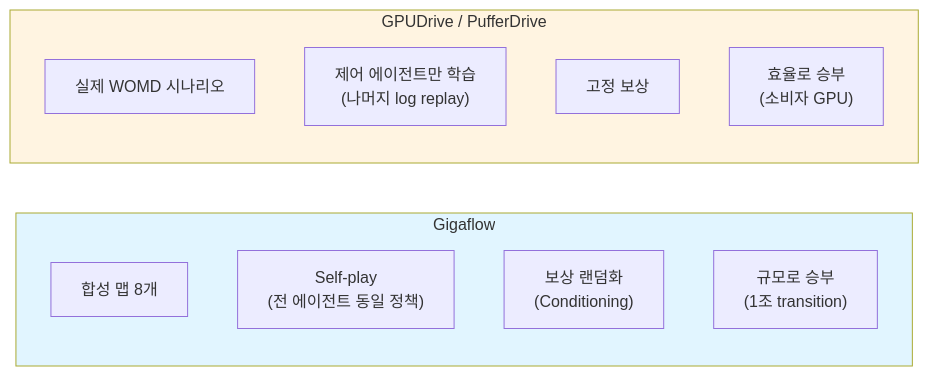
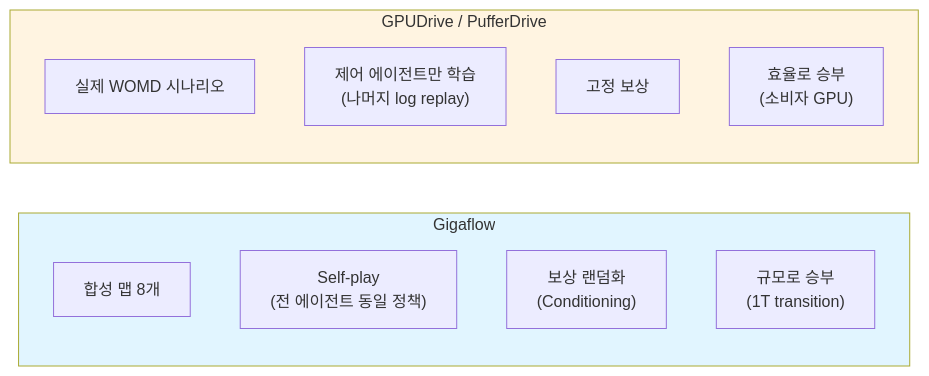
Before and after one commit to OIEIyoon/ad-simulation-public: the first of 5 diagrams in notes/gigaflow-vs-gpudrive.md, drawn with Mermaid. The commit also changed other lines of this file, not shown here.

````diff
--- a/notes/gigaflow-vs-gpudrive.md
+++ b/notes/gigaflow-vs-gpudrive.md
@@ -31,21 +34,21 @@
 ```mermaid
 graph LR
     subgraph Gigaflow["Gigaflow"]
         direction TB
         G1["합성 맵 8개"]
         G2["Self-play<br/>(전 에이전트 동일 정책)"]
         G3["보상 랜덤화<br/>(Conditioning)"]
-        G4["규모로 승부<br/>(1조 transition)"]
+        G4["규모로 승부<br/>(1T transition)"]
     end
 
     subgraph GPUDrive["GPUDrive / PufferDrive"]
         direction TB
         D1["실제 WOMD 시나리오"]
         D2["제어 에이전트만 학습<br/>(나머지 log replay)"]
         D3["고정 보상"]
         D4["효율로 승부<br/>(소비자 GPU)"]
     end
 
     style Gigaflow fill:#e1f5ff
     style GPUDrive fill:#fff4e1
 ```
````
